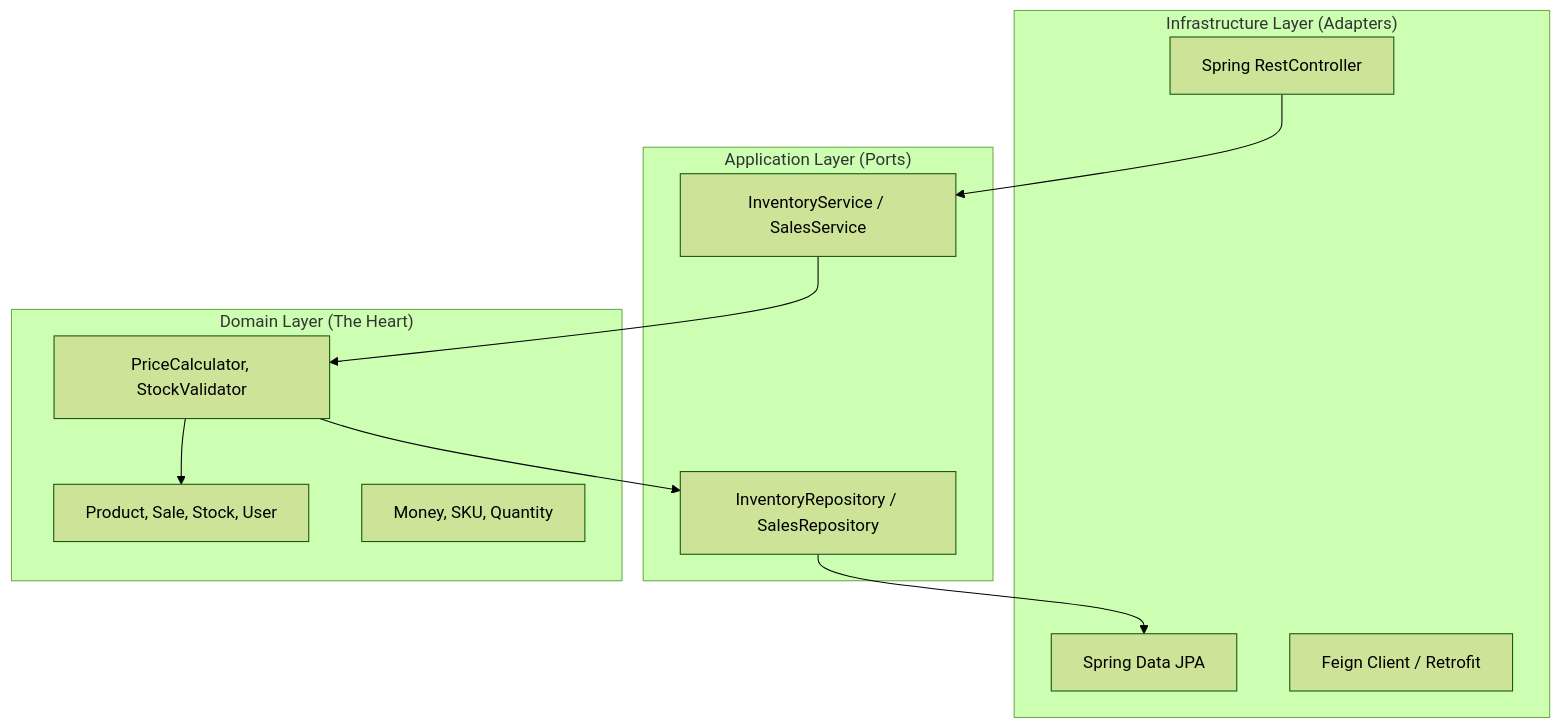
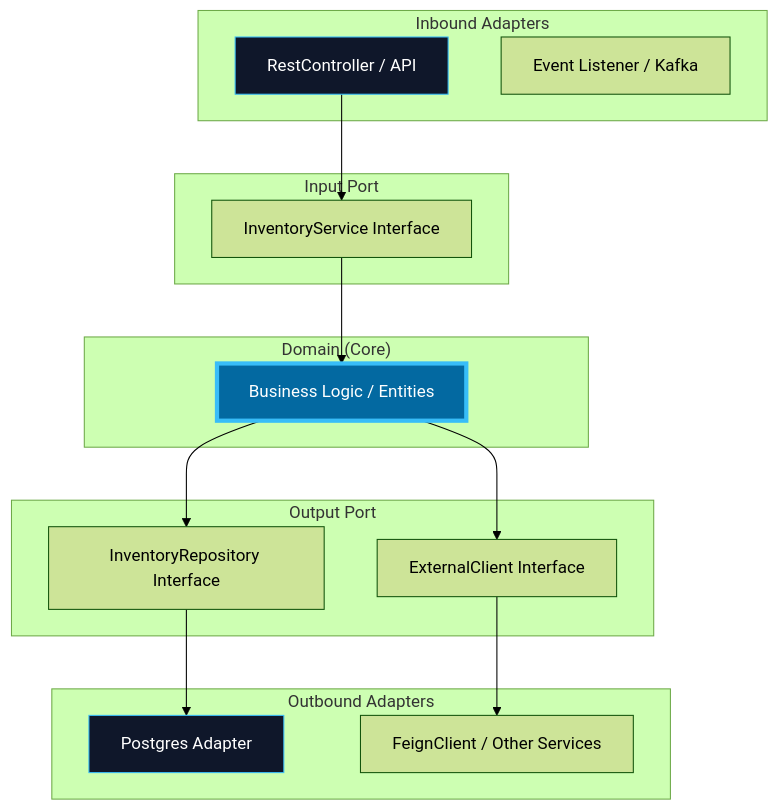
Before and after one commit to HecAguilaV/SIGA: the first of 2 diagrams in docs/technical-room/en/02-LOGICAL-VIEW.mdx, drawn with Mermaid (forest theme). The commit also changed other lines of this file and 11 other files, not shown here.

Commit message:
docs: arquitectura técnica 4+1 bilingüe final - alto contraste y accesibilidad / final 4+1 bilingual technical architecture - high contrast and accessibility

````diff
--- a/docs/technical-room/en/02-LOGICAL-VIEW.mdx
+++ b/docs/technical-room/en/02-LOGICAL-VIEW.mdx
@@ -9,25 +9,36 @@
 ```mermaid
 graph TD
-    subgraph "Infrastructure Layer (Adapters)"
-        WebController[Spring RestController]
-        DBAdapter[Spring Data JPA]
-        ExternalAPI[Feign Client / Retrofit]
+    subgraph "Inbound Adapters"
+        Web[RestController / API]
+        EventIn[Event Listener / Kafka]
     end
 
-    subgraph "Application Layer (Ports)"
-        InputPort[InventoryService / SalesService]
-        OutputPort[InventoryRepository / SalesRepository]
+    subgraph "Input Port"
+        IService[InventoryService Interface]
     end
 
-    subgraph "Domain Layer (The Heart)"
-        Entities[Product, Sale, Stock, User]
-        Values[Money, SKU, Quantity]
-        BusinessLogic[PriceCalculator, StockValidator]
+    subgraph "Domain (Core)"
+        Logic[Business Logic / Entities]
     end
 
-    WebController --> InputPort
-    InputPort --> BusinessLogic
-    BusinessLogic --> OutputPort
-    OutputPort --> DBAdapter
-    BusinessLogic --> Entities
+    subgraph "Output Port"
+        IRepo[InventoryRepository Interface]
+        IExt[ExternalClient Interface]
+    end
+
+    subgraph "Outbound Adapters"
+        DB[Postgres Adapter]
+        Feign[FeignClient / Other Services]
+    end
+
+    Web --> IService
+    IService --> Logic
+    Logic --> IRepo
+    Logic --> IExt
+    IRepo --> DB
+    IExt --> Feign
+
+    style Logic fill:#0369a1,stroke:#38bdf8,stroke-width:4px,color:#fff
+    style Web fill:#0f172a,stroke:#38bdf8,color:#fff
+    style DB fill:#0f172a,stroke:#38bdf8,color:#fff
 ```
````
